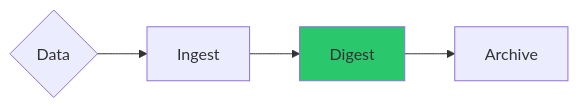
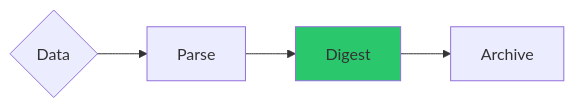
The fourth of 6 diagrams in content/concepts/ingest-flow.md (somedatapacket/docs.humio.com), drawn with Mermaid before and after one commit. The commit also changed other lines of this file and 2 other files, not shown here.

Commit message:
First draft of the ingest flow docs

```diff
--- a/content/concepts/ingest-flow.md
+++ b/content/concepts/ingest-flow.md
@@ -70,7 +80,7 @@
 {{<mermaid align="center">}}
 graph LR;
-  Data{"Data"} --> Ingest
-  Ingest --> Digest
+  Data{"Data"} --> Parse
+  Parse --> Digest
   Digest --> Archive
 style Digest fill:#2ac76d;
 {{< /mermaid >}}
```
